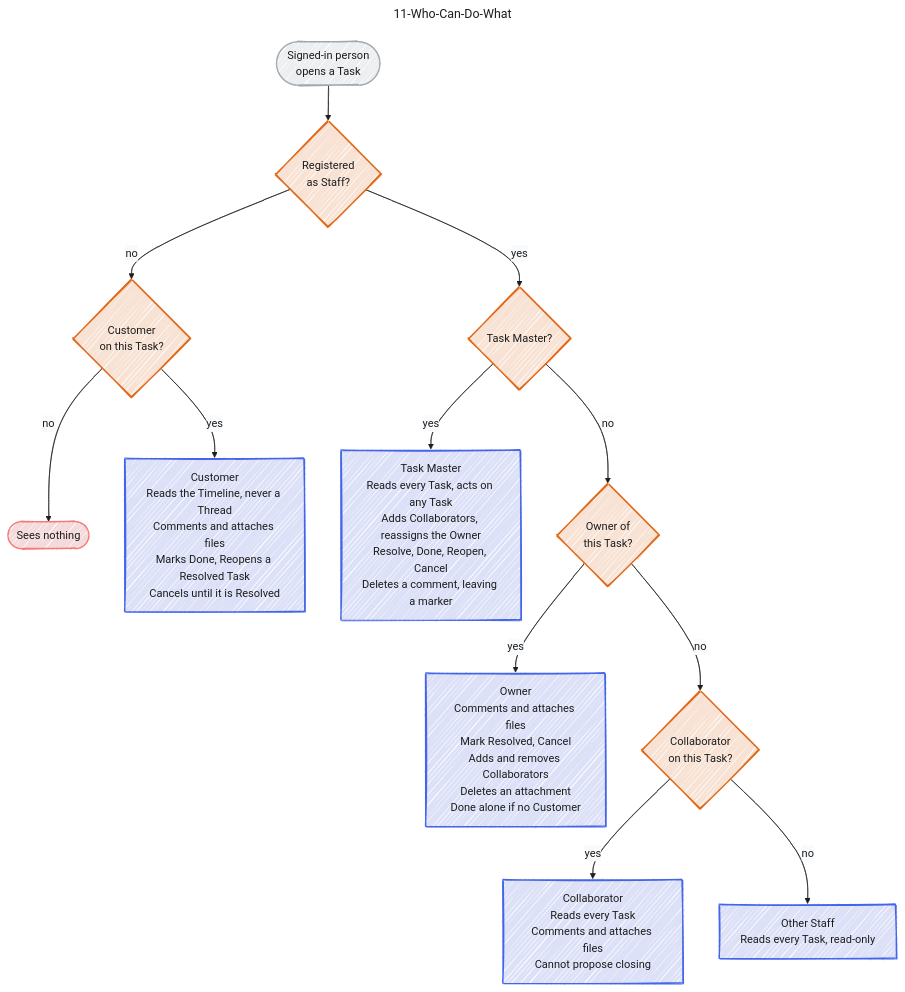
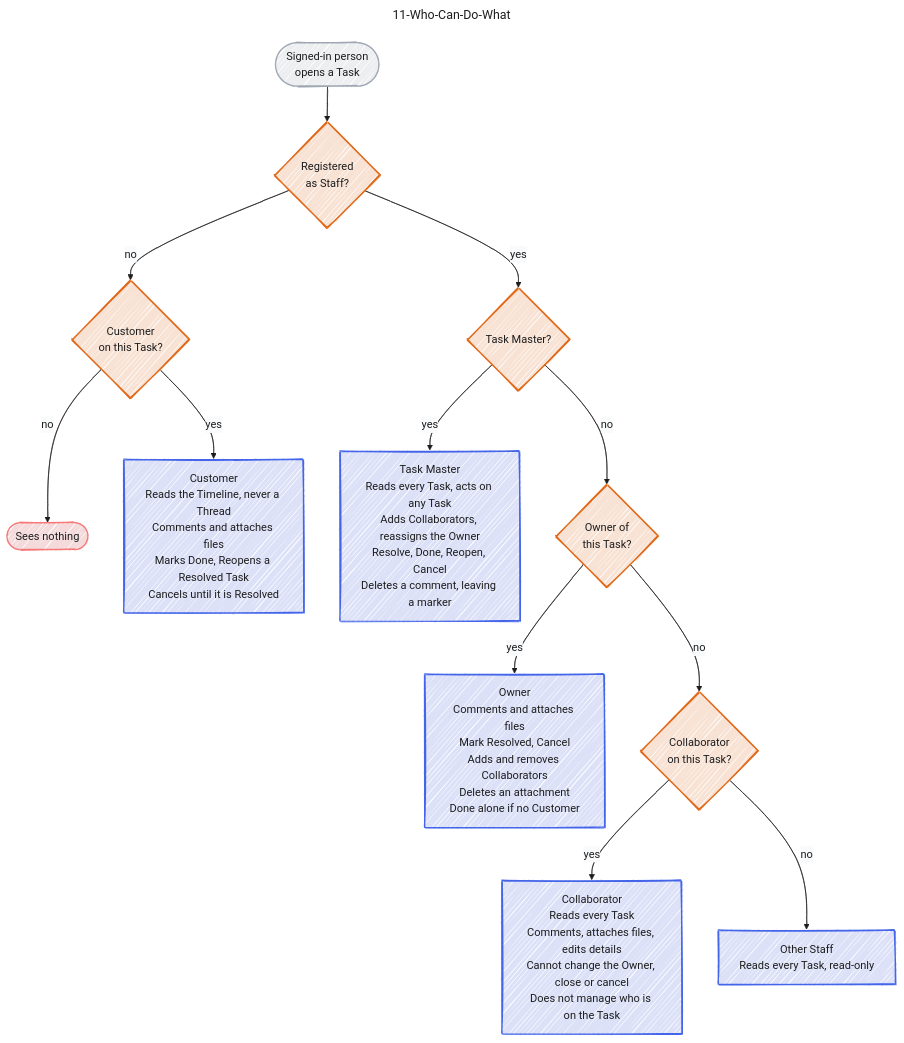
Before and after one commit to jedt3d/tasuku: the diagram in docs/diagram/11-Who-Can-Do-What.md, drawn with Mermaid. The commit also changed other lines of this file and 7 other files, not shown here.

First line of the commit message:
docs: sync diagrams with Staff administration (#3)

```diff
--- a/docs/diagram/11-Who-Can-Do-What.md
+++ b/docs/diagram/11-Who-Can-Do-What.md
@@ -88,7 +88,7 @@
   isMaster -->|"no"| isOwner{"Owner of<br/>this Task?"}:::orange
   isOwner -->|"yes"| owner["Owner<br/>Comments and attaches files<br/>Mark Resolved, Cancel<br/>Adds and removes Collaborators<br/>Deletes an attachment<br/>Done alone if no Customer"]:::blue
   isOwner -->|"no"| isCollab{"Collaborator<br/>on this Task?"}:::orange
-  isCollab -->|"yes"| collab["Collaborator<br/>Reads every Task<br/>Comments and attaches files<br/>Cannot propose closing"]:::blue
+  isCollab -->|"yes"| collab["Collaborator<br/>Reads every Task<br/>Comments, attaches files, edits details<br/>Cannot change the Owner, close or cancel<br/>Does not manage who is on the Task"]:::blue
   isCollab -->|"no"| reader["Other Staff<br/>Reads every Task, read-only"]:::blue
 
   classDef blue    fill:#dce1f8,stroke:#4465e9,stroke-width:2px,color:#1d1d1d
```
